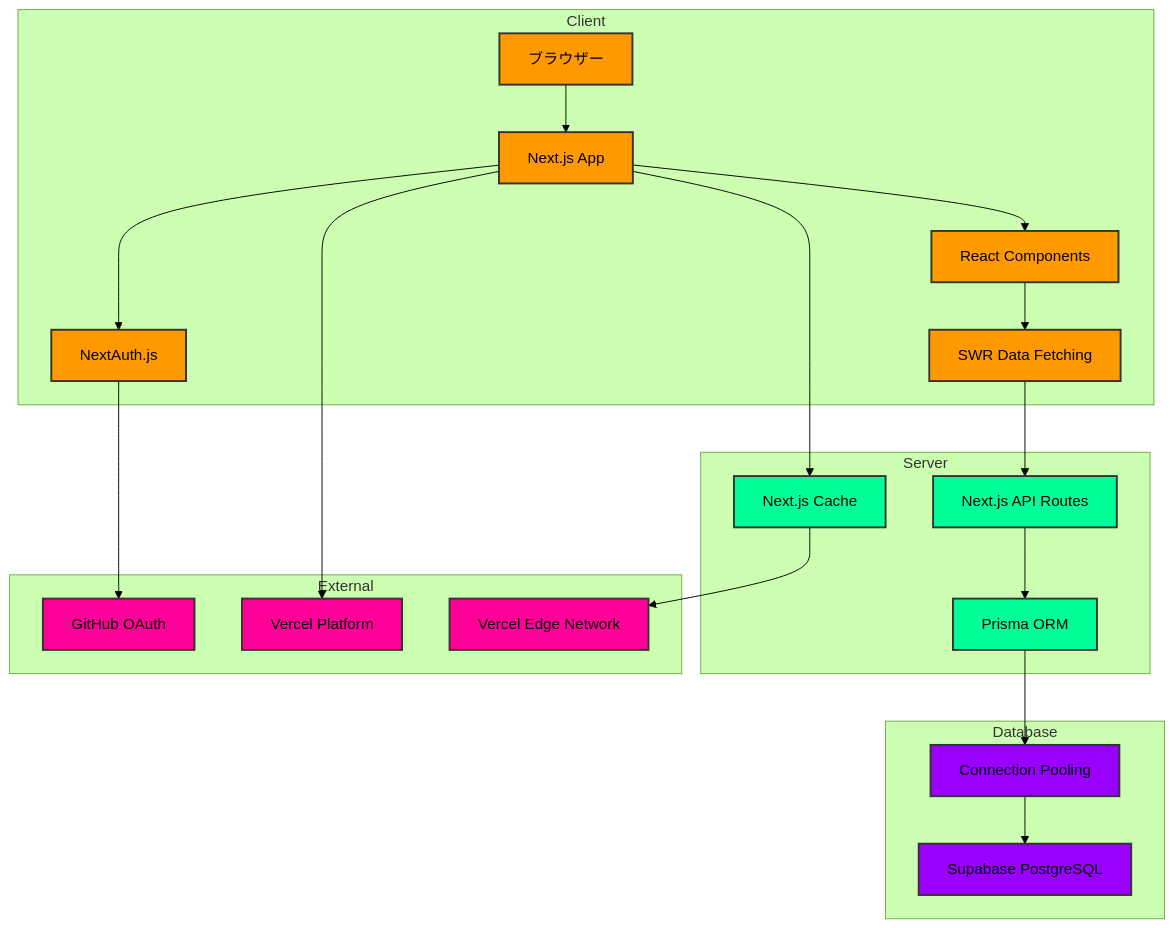
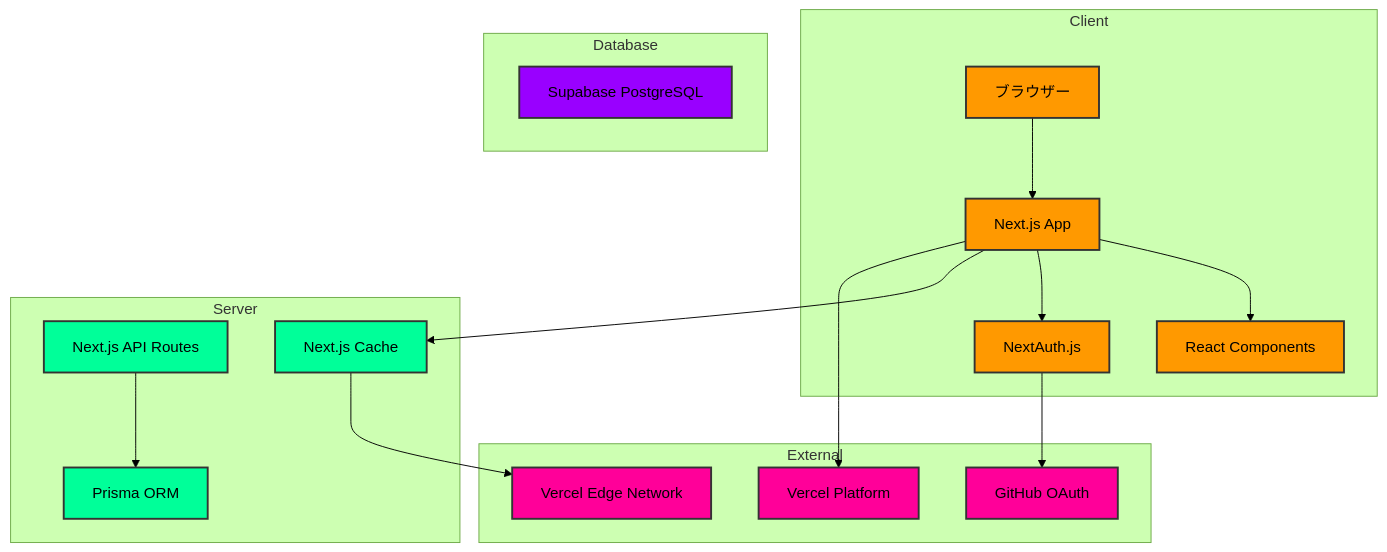
One commit to 2ufkpfb9daxnik/pyrrhula changed the diagram in README.md. Above: the diagram before and after it, drawn with Mermaid (forest theme). The commit also changed other lines of this file, not shown here.

````diff
--- a/README.md
+++ b/README.md
@@ -86,50 +86,44 @@
 ```mermaid
 graph TB
     subgraph Client
         Browser[ブラウザー]
         NextJS[Next.js App]
         React[React Components]
-        SWR[SWR Data Fetching]
         Auth[NextAuth.js]
     end
 
     subgraph Server
         API[Next.js API Routes]
         Prisma[Prisma ORM]
         Cache[Next.js Cache]
     end
 
     subgraph Database
         Supabase[Supabase PostgreSQL]
-        PgBouncer[Connection Pooling]
     end
 
     subgraph External
         GitHub[GitHub OAuth]
         Vercel[Vercel Platform]
         CDN[Vercel Edge Network]
     end
 
     Browser --> NextJS
     NextJS --> React
-    React --> SWR
-    SWR --> API
     NextJS --> Auth
     Auth --> GitHub
     API --> Prisma
-    Prisma --> PgBouncer
-    PgBouncer --> Supabase
     NextJS --> Cache
     Cache --> CDN
     NextJS --> Vercel
 
     classDef primary fill:#ff9900,stroke:#333,stroke-width:2px;
     classDef secondary fill:#00ff99,stroke:#333,stroke-width:2px;
     classDef database fill:#9900ff,stroke:#333,stroke-width:2px;
     classDef external fill:#ff0099,stroke:#333,stroke-width:2px;
 
-    class Browser,NextJS,React,SWR,Auth primary;
+    class Browser,NextJS,React,Auth primary;
     class API,Prisma,Cache secondary;
-    class Supabase,PgBouncer database;
+    class Supabase database;
     class GitHub,Vercel,CDN external;
 ```
````
